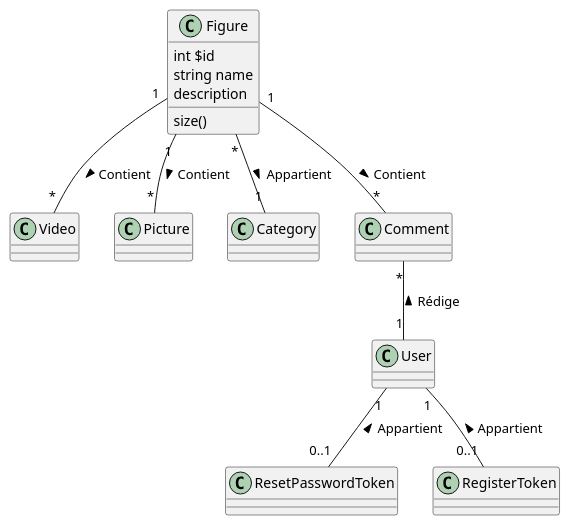
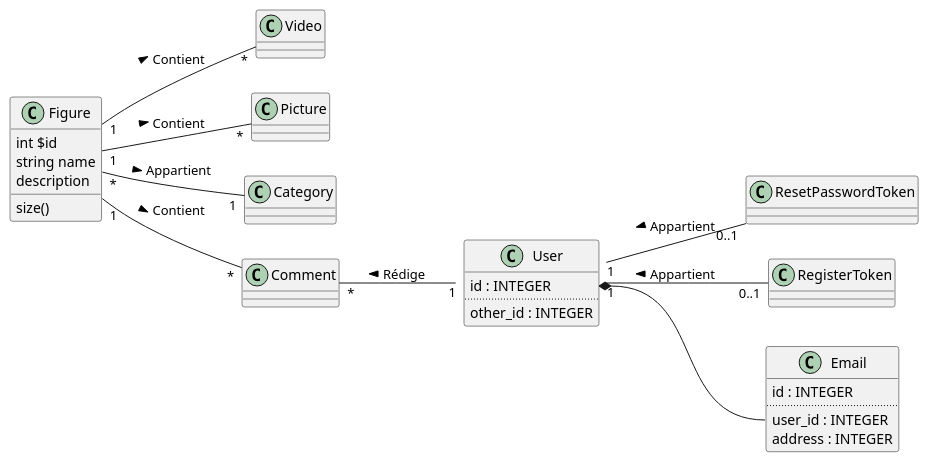
One commit to Xwyk/SnowTricks changed the diagram in diagrams/model.puml. Above: the diagram before and after it, drawn with PlantUML.

Commit message:
model puml diagram update

```diff
--- a/diagrams/model.puml
+++ b/diagrams/model.puml
@@ -1,29 +1,46 @@
 @startuml
 'https://plantuml.com/class-diagram
 
 class Figure
 class Video
 class Picture
 class Category
 class Comment
 class User
 class ResetPasswordToken
 class RegisterToken
 Figure "1" -- "*" Video : Contient >
 Figure "1" -- "*" Picture : Contient >
 Figure "*" -- "1" Category : Appartient >
 Figure "1" -- "*" Comment : Contient >
 Comment "*" -- "1" User : Rédige <
 User "1" -- "0..1" ResetPasswordToken : Appartient <
 User "1" -- "0..1" RegisterToken : Appartient <
 
 
 class Figure {
 int $id
 string name
  description
 
 size()
 }
 
+left to right direction
+
+class User {
+  id : INTEGER
+  ..
+  other_id : INTEGER
+}
+
+class Email {
+  id : INTEGER
+  ..
+  user_id : INTEGER
+  address : INTEGER
+}
+
+User::id *-- Email::user_id
+
 @enduml
```
